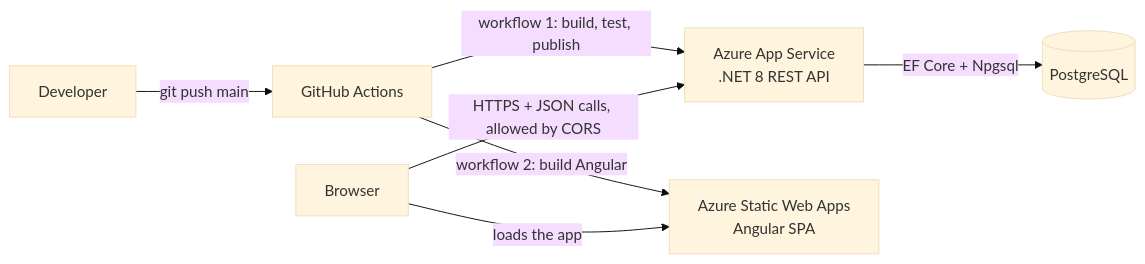
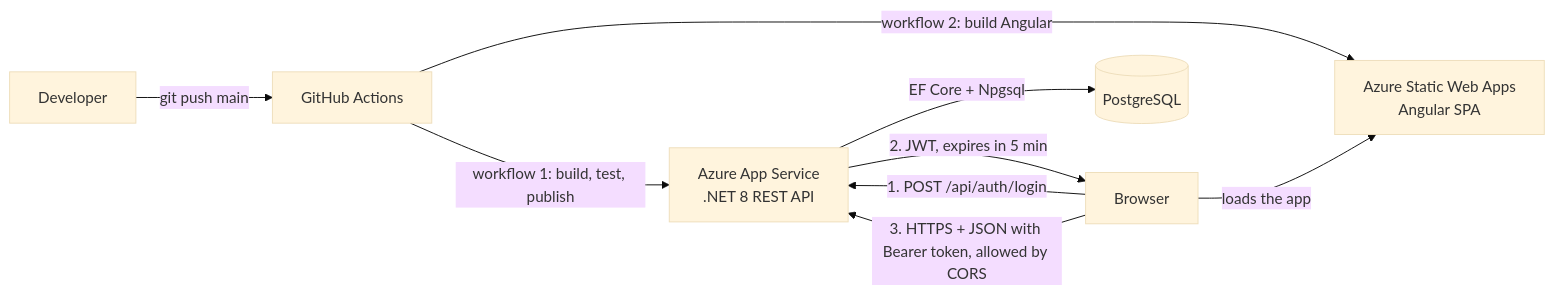
Before and after one commit to juanmunoz00/job-tracker: the diagram in README.md, drawn with Mermaid (base theme). The commit also changed other lines of this file and 1 other file, not shown here.

Commit message:
Update README with middleware, pagination, auth and redesign stages

````diff
--- a/README.md
+++ b/README.md
@@ -60,9 +69,11 @@
 ```mermaid
 flowchart LR
     Dev[Developer] -->|git push main| GH[GitHub Actions]
     GH -->|workflow 1: build, test, publish| API[Azure App Service<br/>.NET 8 REST API]
     GH -->|workflow 2: build Angular| SWA[Azure Static Web Apps<br/>Angular SPA]
     User[Browser] -->|loads the app| SWA
-    User -->|HTTPS + JSON calls, allowed by CORS| API
+    User -->|1. POST /api/auth/login| API
+    API -->|2. JWT, expires in 5 min| User
+    User -->|3. HTTPS + JSON with Bearer token, allowed by CORS| API
     API -->|EF Core + Npgsql| DB[(PostgreSQL)]
 ```
````
